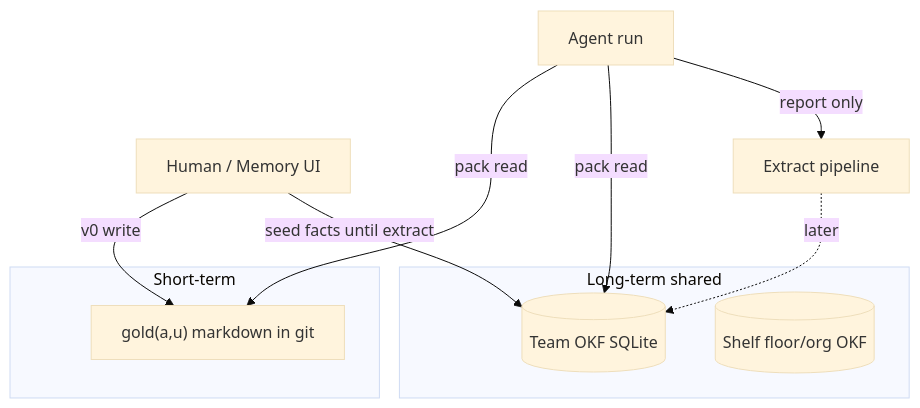
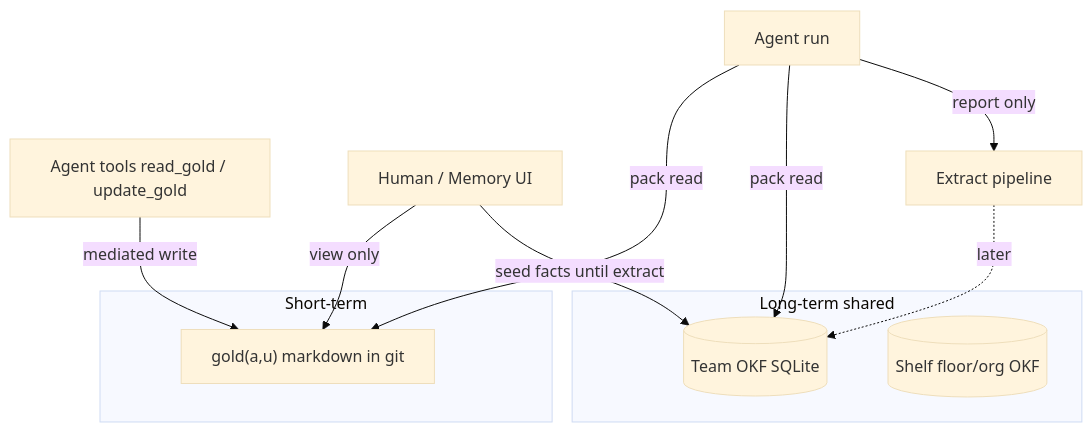
Before and after one commit to abhishekjasani/AgentAnyStack: the first of 4 diagrams in docs/architecture/04_MEMORY.md, drawn with Mermaid (base theme). The commit also changed other lines of this file and 14 other files, not shown here.

First line of the commit message:
Refactor gold notepad handling to use orchestrator-mediated tools

````diff
--- a/docs/architecture/04_MEMORY.md
+++ b/docs/architecture/04_MEMORY.md
@@ -5,16 +5,17 @@
 ```mermaid
 flowchart TB
     subgraph short [Short-term]
         G["gold(a,u) markdown in git"]
     end
     subgraph long [Long-term shared]
         T[(Team OKF SQLite)]
         S[(Shelf floor/org OKF)]
     end
-    HUMAN[Human / Memory UI] -->|v0 write| G
+    AGENT[Agent tools read_gold / update_gold] -->|mediated write| G
+    HUMAN[Human / Memory UI] -->|view only| G
     HUMAN -->|seed facts until extract| T
     RUN[Agent run] -->|pack read| G
     RUN -->|pack read| T
     RUN -->|report only| PIPE[Extract pipeline]
     PIPE -.->|later| T
 ```
````
